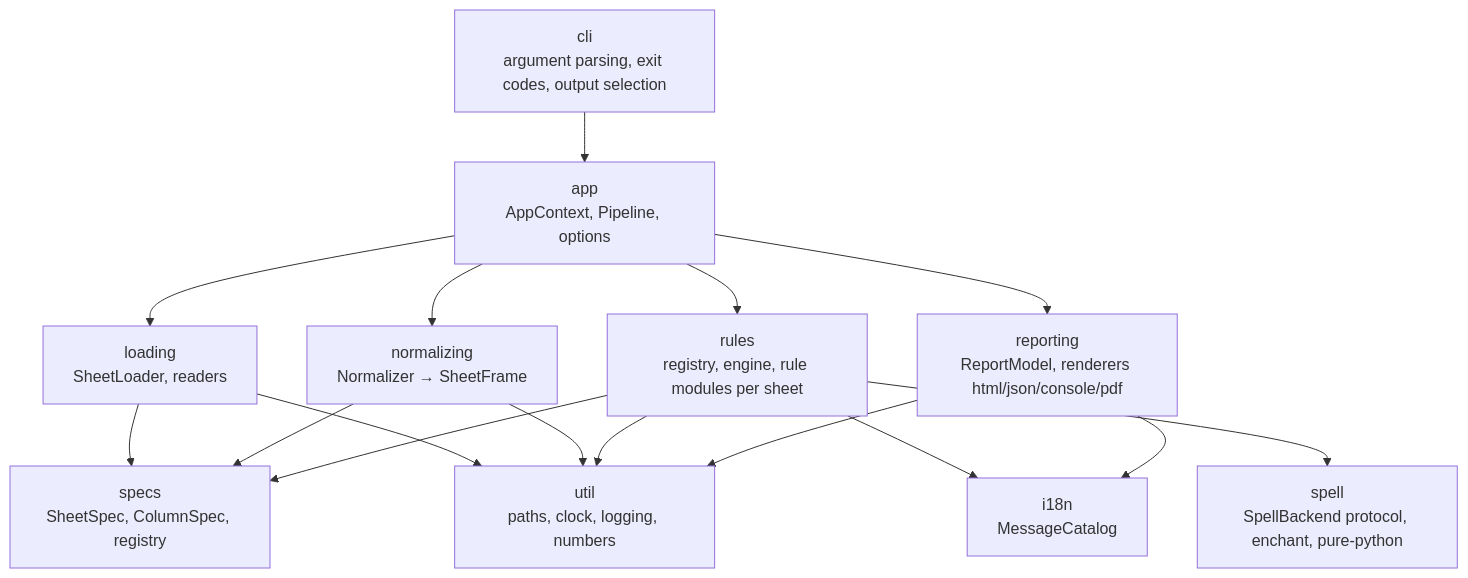
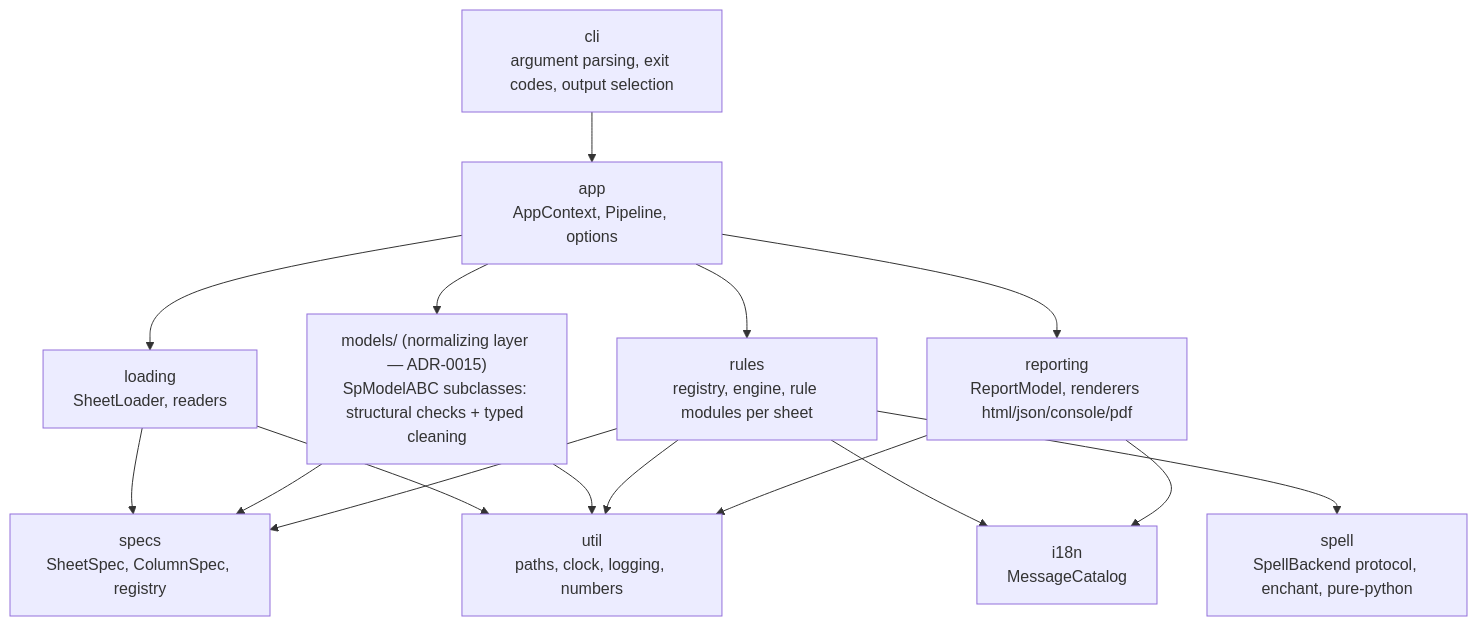
One commit to MarioCarvalhoBr/data_validate changed the diagram in .specs/architecture/target-architecture.md. Above: the diagram before and after it, drawn with Mermaid. The commit also changed other lines of this file and 8 other files, not shown here.

Commit message:
docs(specs): ARC-005 ARC-007 PERF-001 SEC-004 done, ADR-0015 normalizer descope, ratchet 95.07

````diff
--- a/.specs/architecture/target-architecture.md
+++ b/.specs/architecture/target-architecture.md
@@ -10,18 +10,18 @@
 ```mermaid
 flowchart TD
   CLI[cli<br/>argument parsing, exit codes, output selection] --> APP[app<br/>AppContext, Pipeline, options]
   APP --> LOAD[loading<br/>SheetLoader, readers]
-  APP --> NORM[normalizing<br/>Normalizer → SheetFrame]
+  APP --> MODELS["models/ (normalizing layer — ADR-0015)<br/>SpModelABC subclasses: structural checks + typed cleaning"]
   APP --> ENGINE[rules<br/>registry, engine, rule modules per sheet]
   APP --> REP[reporting<br/>ReportModel, renderers html/json/console/pdf]
   LOAD --> SPECS[specs<br/>SheetSpec, ColumnSpec, registry]
-  NORM --> SPECS
+  MODELS --> SPECS
   ENGINE --> SPECS
   ENGINE --> I18N[i18n<br/>MessageCatalog]
   REP --> I18N
   ENGINE --> SPELL[spell<br/>SpellBackend protocol, enchant, pure-python]
   LOAD --> UTIL[util<br/>paths, clock, logging, numbers]
-  NORM --> UTIL
+  MODELS --> UTIL
   ENGINE --> UTIL
   REP --> UTIL
 ```
````
